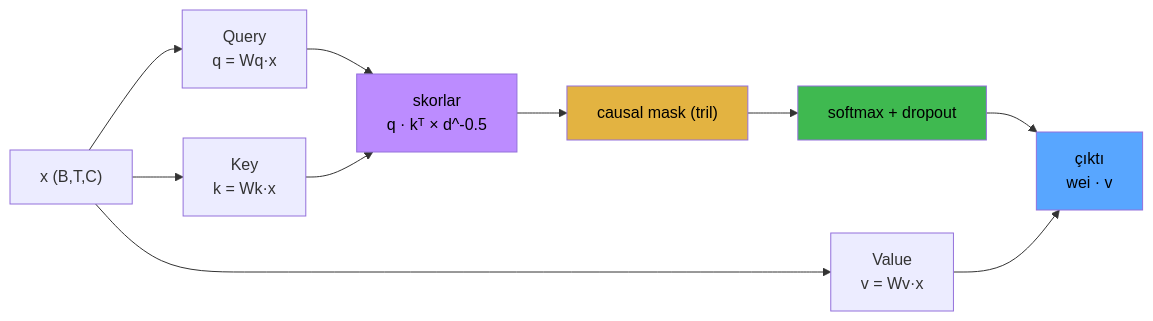
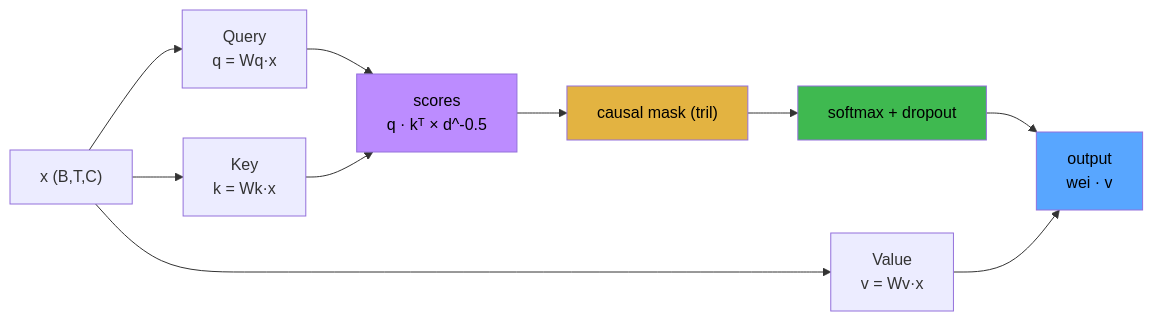
The second of 6 diagrams in README.md (gocenalper/nano-gpt), drawn with Mermaid before and after one commit. The commit also changed other lines of this file and 3 other files, not shown here.

````diff
--- a/README.md
+++ b/README.md
@@ -120,17 +120,17 @@
 ```mermaid
 flowchart LR
     X["x (B,T,C)"] --> Q["Query<br/>q = Wq·x"]
     X --> K["Key<br/>k = Wk·x"]
     X --> V["Value<br/>v = Wv·x"]
-    Q --> S["skorlar<br/>q · kᵀ × d^-0.5"]
+    Q --> S["scores<br/>q · kᵀ × d^-0.5"]
     K --> S
     S --> M["causal mask (tril)"]
     M --> SM["softmax + dropout"]
-    SM --> O["çıktı<br/>wei · v"]
+    SM --> O["output<br/>wei · v"]
     V --> O
 
     style S fill:#bc8cff,color:#000
     style M fill:#e3b341,color:#000
     style SM fill:#3fb950,color:#000
     style O fill:#58a6ff,color:#000
 ```
````
